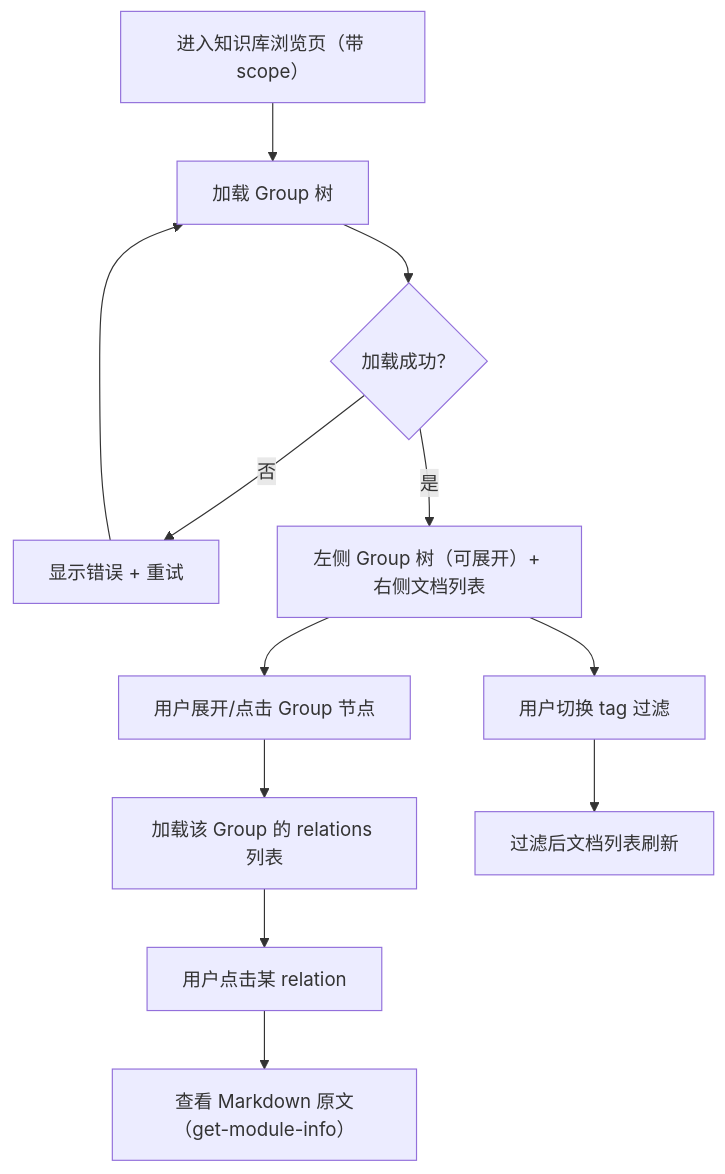
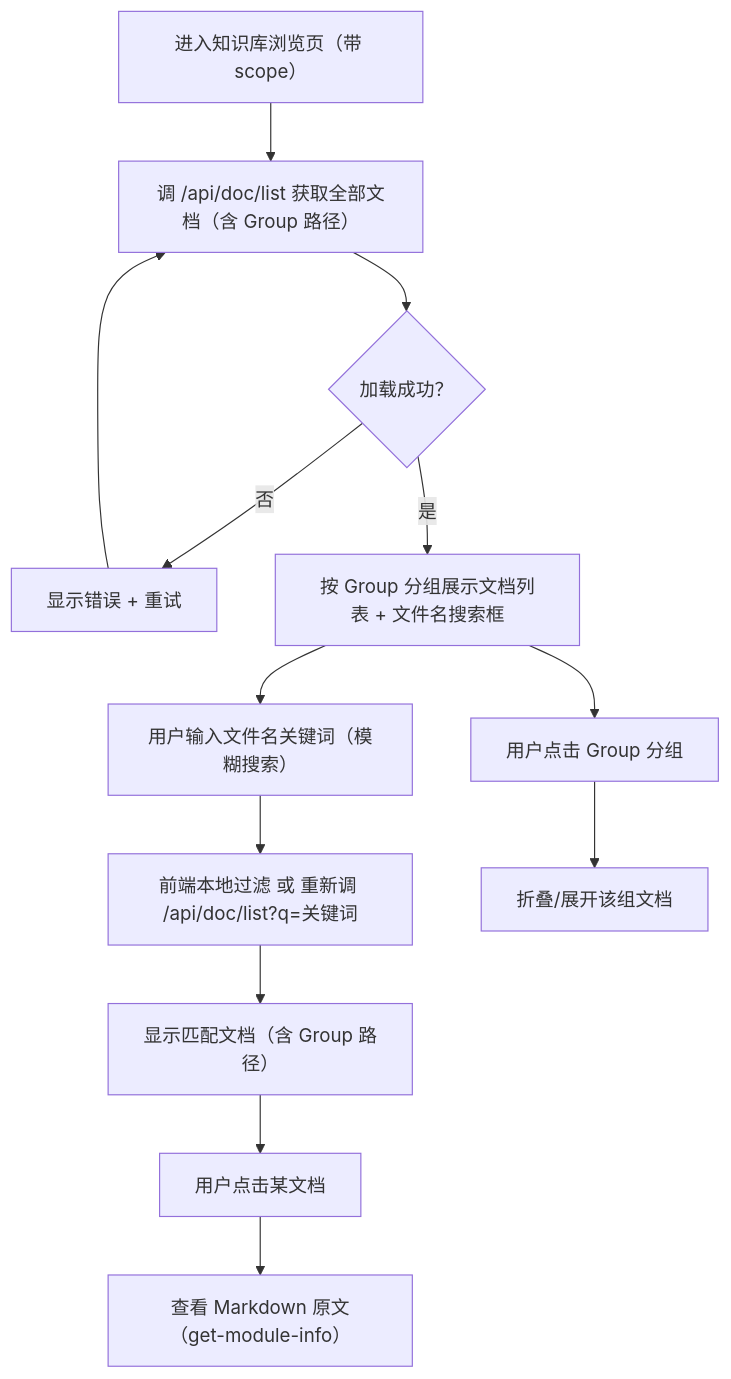
The second of 7 diagrams in .requirements/2026-08-06-可视化前端界面/design/interaction-design.md (HACK-WU/kisearch), drawn with Mermaid before and after one commit. The commit also changed other lines of this file and 52 other files, not shown here.

````diff
--- a/.requirements/2026-08-06-可视化前端界面/design/interaction-design.md
+++ b/.requirements/2026-08-06-可视化前端界面/design/interaction-design.md
@@ -74,14 +75,15 @@
 ```mermaid
 flowchart TD
-    A["进入知识库浏览页（带 scope）"] --> B["加载 Group 树"]
+    A["进入知识库浏览页（带 scope）"] --> B["调 /api/doc/list 获取全部文档（含 Group 路径）"]
     B --> C{"加载成功？"}
     C -->|否| D["显示错误 + 重试"]
     D --> B
-    C -->|是| E["左侧 Group 树（可展开）+ 右侧文档列表"]
-    E --> F["用户展开/点击 Group 节点"]
-    F --> G["加载该 Group 的 relations 列表"]
-    G --> H["用户点击某 relation"]
-    H --> I["查看 Markdown 原文（get-module-info）"]
-    E --> J["用户切换 tag 过滤"]
-    J --> K["过滤后文档列表刷新"]
+    C -->|是| E["按 Group 分组展示文档列表 + 文件名搜索框"]
+    E --> F["用户输入文件名关键词（模糊搜索）"]
+    F --> G["前端本地过滤 或 重新调 /api/doc/list?q=关键词"]
+    G --> H["显示匹配文档（含 Group 路径）"]
+    H --> I["用户点击某文档"]
+    I --> J["查看 Markdown 原文（get-module-info）"]
+    E --> K["用户点击 Group 分组"]
+    K --> L["折叠/展开该组文档"]
 ```
````
